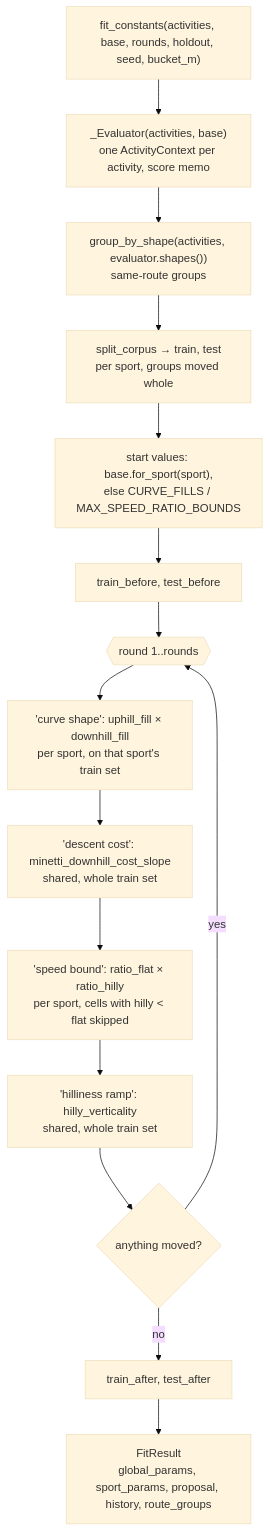
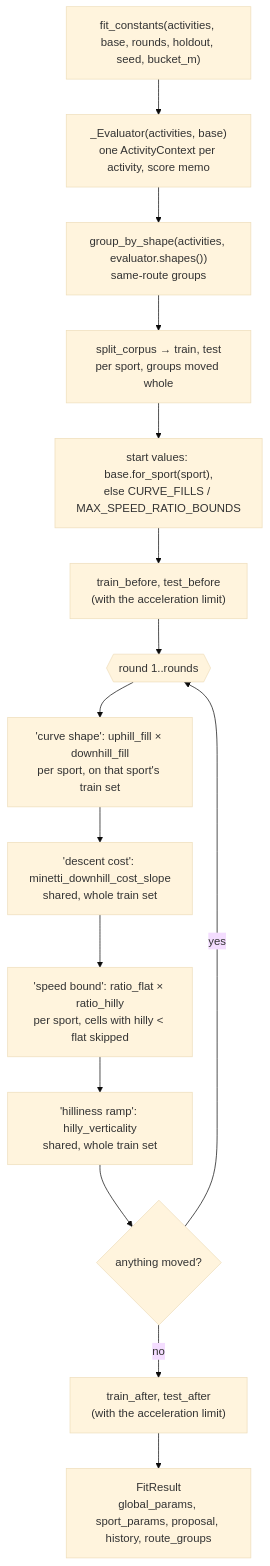
Before and after one commit to martin-iflap/GPX_to_FIT: diagram 14 of 16 in docs/TUNING_ARCHITECTURE.md, drawn with Mermaid (base theme). The commit also changed other lines of this file and 16 other files, not shown here.

````diff
--- a/docs/TUNING_ARCHITECTURE.md
+++ b/docs/TUNING_ARCHITECTURE.md
@@ -662,18 +679,18 @@
 ```mermaid
 flowchart TD
   fc["fit_constants(activities, base, rounds, holdout, seed, bucket_m)"]
   fc --> ev["_Evaluator(activities, base)<br/>one ActivityContext per activity, score memo"]
   ev --> gbs["group_by_shape(activities, evaluator.shapes())<br/>same-route groups"]
   gbs --> sc["split_corpus → train, test<br/>per sport, groups moved whole"]
   sc --> init["start values: base.for_sport(sport),<br/>else CURVE_FILLS / MAX_SPEED_RATIO_BOUNDS"]
-  init --> before["train_before, test_before"]
+  init --> before["train_before, test_before<br/>(with the acceleration limit)"]
   before --> rounds{{"round 1..rounds"}}
   rounds --> st1["'curve shape': uphill_fill × downhill_fill<br/>per sport, on that sport's train set"]
   st1 --> st1b["'descent cost': minetti_downhill_cost_slope<br/>shared, whole train set"]
   st1b --> st2["'speed bound': ratio_flat × ratio_hilly<br/>per sport, cells with hilly < flat skipped"]
   st2 --> st3["'hilliness ramp': hilly_verticality<br/>shared, whole train set"]
   st3 --> moved{"anything moved?"}
   moved -- yes --> rounds
-  moved -- no --> after["train_after, test_after"]
+  moved -- no --> after["train_after, test_after<br/>(with the acceleration limit)"]
   after --> FR["FitResult<br/>global_params, sport_params, proposal, history, route_groups"]
 ```
````
